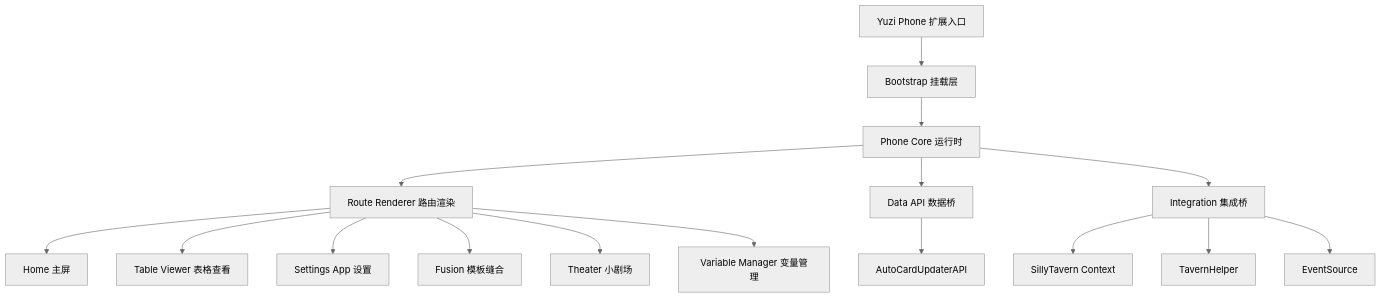
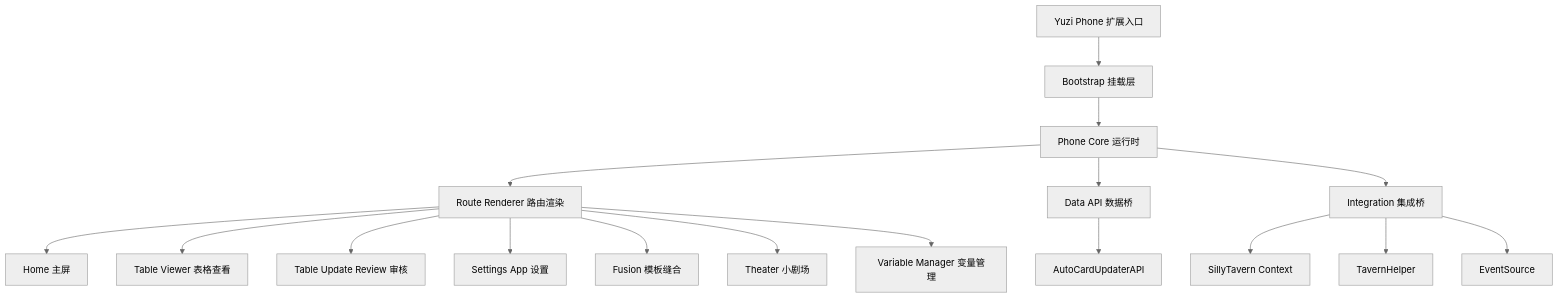
One commit to yuzi83/st-yuzi-phone changed the first of 11 diagrams in docs/architecture-guide.md. Above: the diagram before and after it, drawn with Mermaid (neutral theme). The commit also changed other lines of this file and 48 other files, not shown here.

Commit message:
feat: add table update review release y8

````diff
--- a/docs/architecture-guide.md
+++ b/docs/architecture-guide.md
@@ -33,18 +33,19 @@
 ```mermaid
 graph TD
   A[Yuzi Phone 扩展入口] --> B[Bootstrap 挂载层]
   B --> C[Phone Core 运行时]
   C --> D[Route Renderer 路由渲染]
   D --> E[Home 主屏]
   D --> F[Table Viewer 表格查看]
-  D --> G[Settings App 设置]
-  D --> H[Fusion 模板缝合]
-  D --> I[Theater 小剧场]
-  D --> J[Variable Manager 变量管理]
+  D --> G[Table Update Review 审核]
+  D --> H[Settings App 设置]
+  D --> I[Fusion 模板缝合]
+  D --> J[Theater 小剧场]
+  D --> Q[Variable Manager 变量管理]
   C --> K[Data API 数据桥]
   K --> L[AutoCardUpdaterAPI]
   C --> M[Integration 集成桥]
   M --> N[SillyTavern Context]
   M --> O[TavernHelper]
   M --> P[EventSource]
 ```
````
